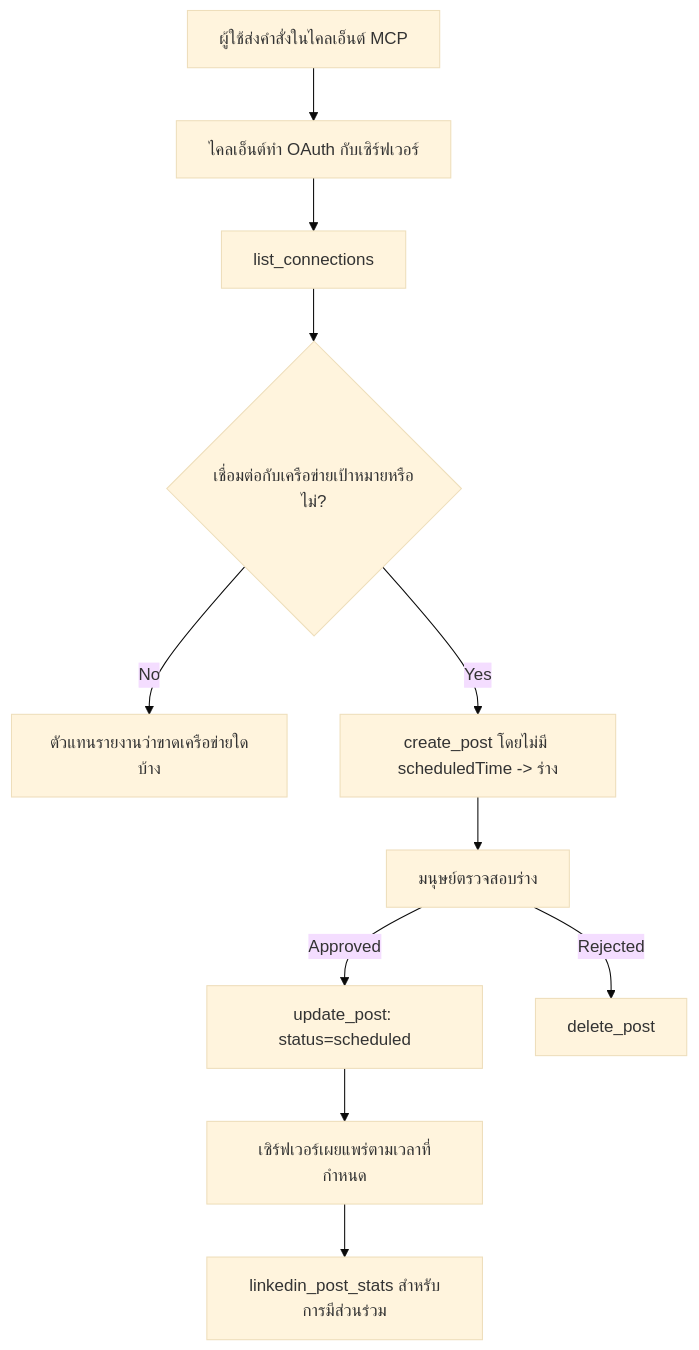
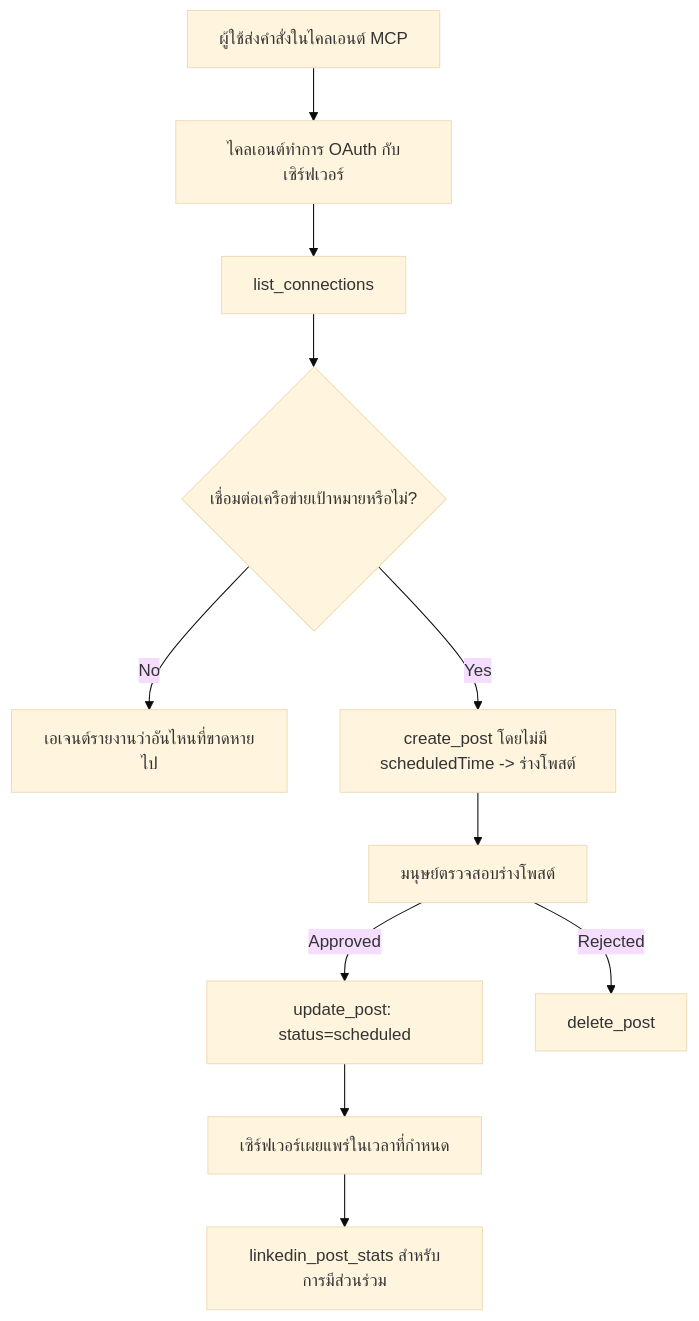
The diagram in translations/th/09-CaseStudy/publora-social-publishing.md (microsoft/mcp-for-beginners), drawn with Mermaid (base theme) before and after one commit. The commit also changed other lines of this file and 148 other files, not shown here.

````diff
--- a/translations/th/09-CaseStudy/publora-social-publishing.md
+++ b/translations/th/09-CaseStudy/publora-social-publishing.md
@@ -47,13 +47,13 @@
 ```mermaid
 flowchart TD
-    A[ผู้ใช้ส่งคำสั่งในไคลเอ็นต์ MCP] --> B[ไคลเอ็นต์ทำ OAuth กับเซิร์ฟเวอร์]
+    A[ผู้ใช้ส่งคำสั่งในไคลเอนต์ MCP] --> B[ไคลเอนต์ทำการ OAuth กับเซิร์ฟเวอร์]
     B --> C[list_connections]
-    C --> D{เชื่อมต่อกับเครือข่ายเป้าหมายหรือไม่?}
-    D -- No --> E[ตัวแทนรายงานว่าขาดเครือข่ายใดบ้าง]
-    D -- Yes --> F[create_post โดยไม่มี scheduledTime -> ร่าง]
-    F --> G[มนุษย์ตรวจสอบร่าง]
+    C --> D{เชื่อมต่อเครือข่ายเป้าหมายหรือไม่?}
+    D -- No --> E[เอเจนต์รายงานว่าอันไหนที่ขาดหายไป]
+    D -- Yes --> F[create_post โดยไม่มี scheduledTime -> ร่างโพสต์]
+    F --> G[มนุษย์ตรวจสอบร่างโพสต์]
     G -- Approved --> H[update_post: status=scheduled]
     G -- Rejected --> I[delete_post]
-    H --> J[เซิร์ฟเวอร์เผยแพร่ตามเวลาที่กำหนด]
+    H --> J[เซิร์ฟเวอร์เผยแพร่ในเวลาที่กำหนด]
     J --> K[linkedin_post_stats สำหรับการมีส่วนร่วม]
 ```
````
